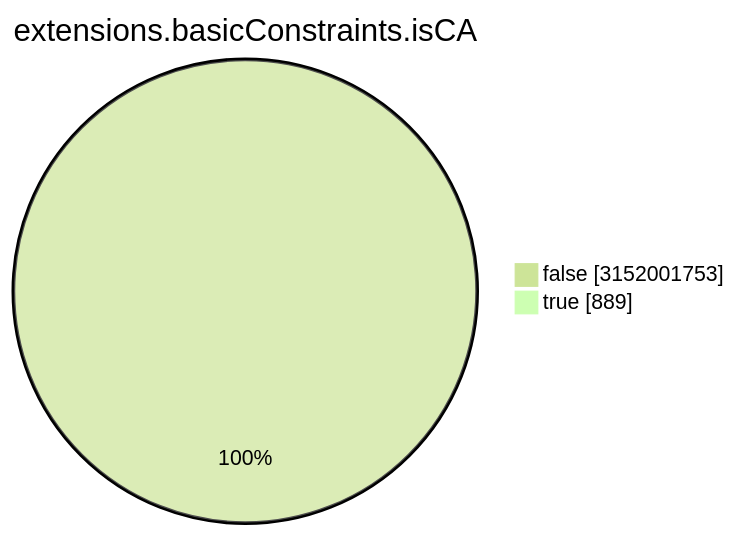
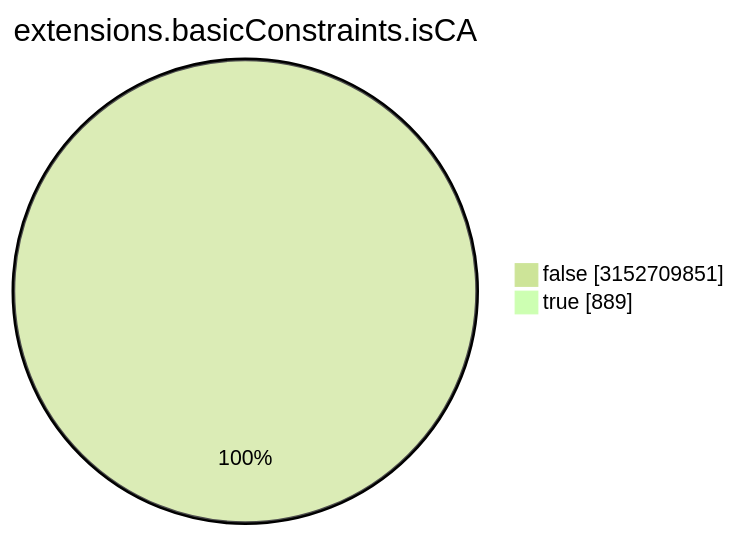
The seventh of 15 diagrams in TOTAL/README.md (christiankrug/ctmonitor_visualization), drawn with Mermaid (forest theme) before and after one commit. The commit also changed other lines of this file, not shown here.

````diff
--- a/TOTAL/README.md
+++ b/TOTAL/README.md
@@ -3088,6 +3088,6 @@
 ```mermaid
 pie showData
 title extensions.basicConstraints.isCA
-"false" :3152001753
+"false" :3152709851
 "true" :889
 ```
````
